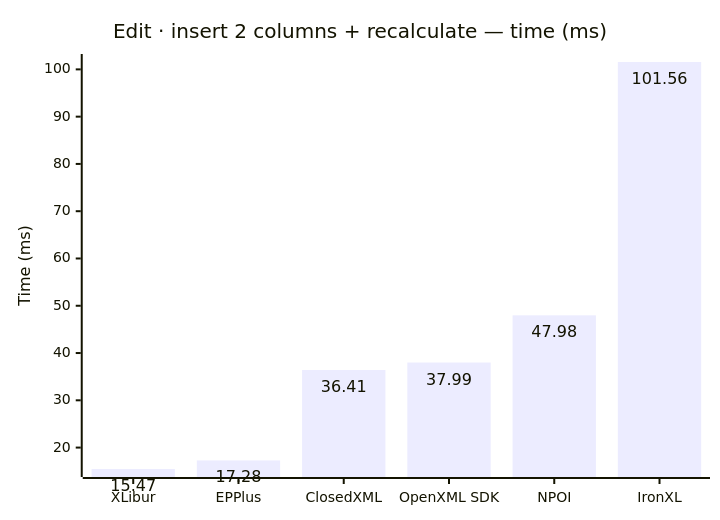
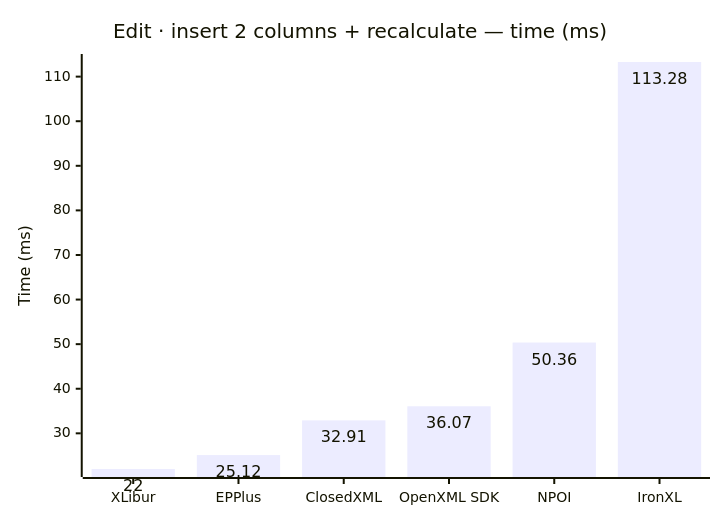
One commit to jafin/XLBench changed diagram 11 of 12 in docs/results.md. Above: the diagram before and after it, drawn with Mermaid. The commit also changed other lines of this file and 2 other files, not shown here.

````diff
--- a/docs/results.md
+++ b/docs/results.md
@@ -165,12 +165,12 @@
 ```mermaid
 ---
 config:
   xyChart:
     showDataLabel: true
 ---
 xychart-beta
     title "Edit · insert 2 columns + recalculate — time (ms)"
     x-axis ["XLibur", "EPPlus", "ClosedXML", "OpenXML SDK", "NPOI", "IronXL"]
     y-axis "Time (ms)"
-    bar [15.47, 17.28, 36.41, 37.99, 47.98, 101.56]
+    bar [22, 25.12, 32.91, 36.07, 50.36, 113.28]
 ```
````
